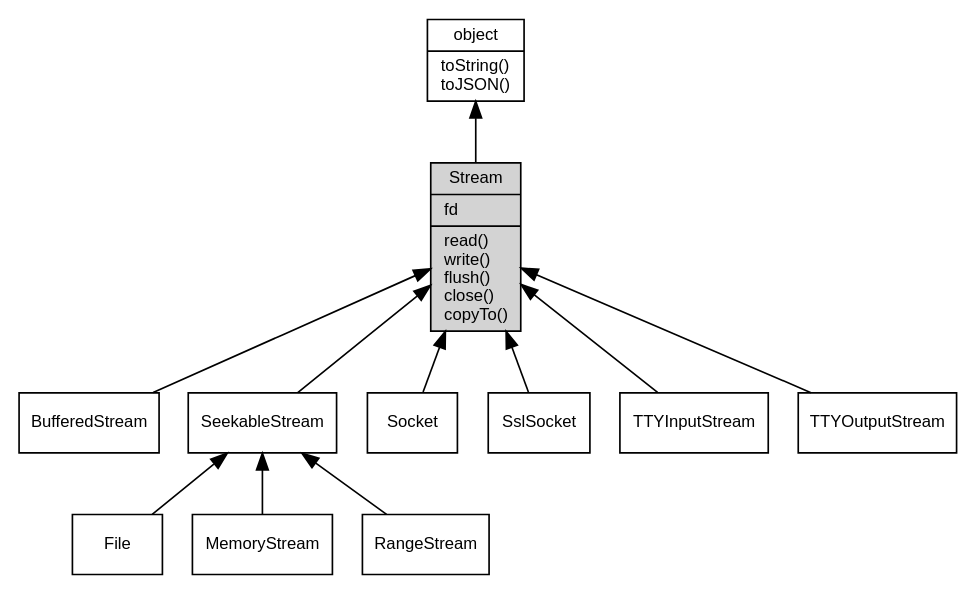
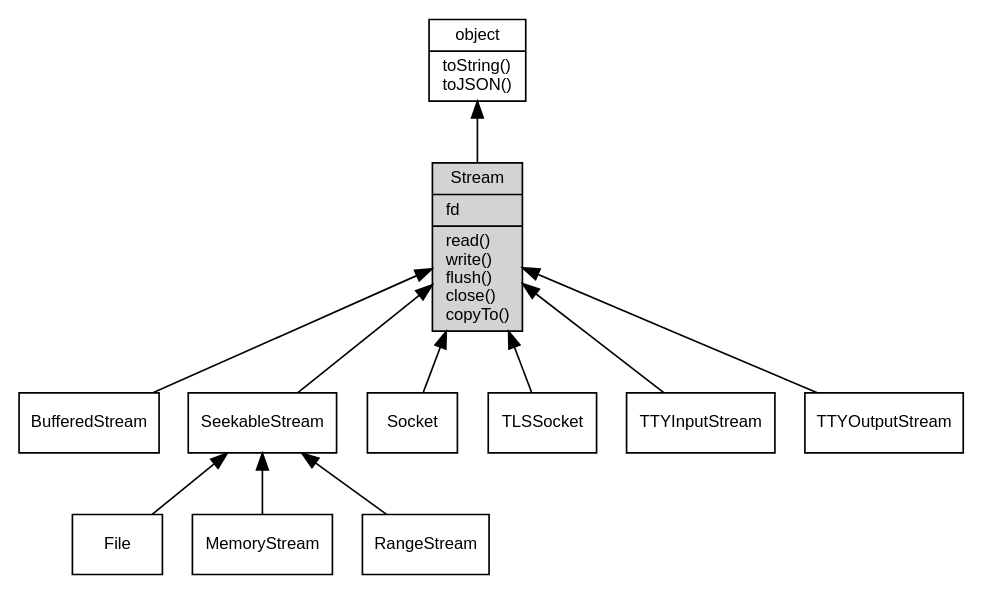
Before and after one commit to fibjs/fibjs.org: the diagram in docs/manual/object/ifs/Stream.md, drawn with Graphviz. The commit also changed 58 other files, not shown here.

````diff
--- a/docs/manual/object/ifs/Stream.md
+++ b/docs/manual/object/ifs/Stream.md
@@ -7,28 +7,28 @@
 ```dot
 digraph {
     node [fontname="Helvetica,sans-Serif", fontsize=10, shape="record", style="filled", fillcolor="white"];
 
     object [tooltip="object", URL="object.md", label="{object|toString()\ltoJSON()\l}"];
     Stream [tooltip="Stream", fillcolor="lightgray", id="me", label="{Stream|fd\l|read()\lwrite()\lflush()\lclose()\lcopyTo()\l}"];
     BufferedStream [tooltip="BufferedStream", URL="BufferedStream.md", label="{BufferedStream}"];
     SeekableStream [tooltip="SeekableStream", URL="SeekableStream.md", label="{SeekableStream}"];
     File [tooltip="File", URL="File.md", label="{File}"];
     MemoryStream [tooltip="MemoryStream", URL="MemoryStream.md", label="{MemoryStream}"];
     RangeStream [tooltip="RangeStream", URL="RangeStream.md", label="{RangeStream}"];
     Socket [tooltip="Socket", URL="Socket.md", label="{Socket}"];
-    SslSocket [tooltip="SslSocket", URL="SslSocket.md", label="{SslSocket}"];
+    TLSSocket [tooltip="TLSSocket", URL="TLSSocket.md", label="{TLSSocket}"];
     TTYInputStream [tooltip="TTYInputStream", URL="TTYInputStream.md", label="{TTYInputStream}"];
     TTYOutputStream [tooltip="TTYOutputStream", URL="TTYOutputStream.md", label="{TTYOutputStream}"];
 
     object -> Stream [dir=back];
     Stream -> BufferedStream [dir=back];
     Stream -> SeekableStream [dir=back];
     SeekableStream -> File [dir=back];
     SeekableStream -> MemoryStream [dir=back];
     SeekableStream -> RangeStream [dir=back];
     Stream -> Socket [dir=back];
-    Stream -> SslSocket [dir=back];
+    Stream -> TLSSocket [dir=back];
     Stream -> TTYInputStream [dir=back];
     Stream -> TTYOutputStream [dir=back];
 }
 ```
````
